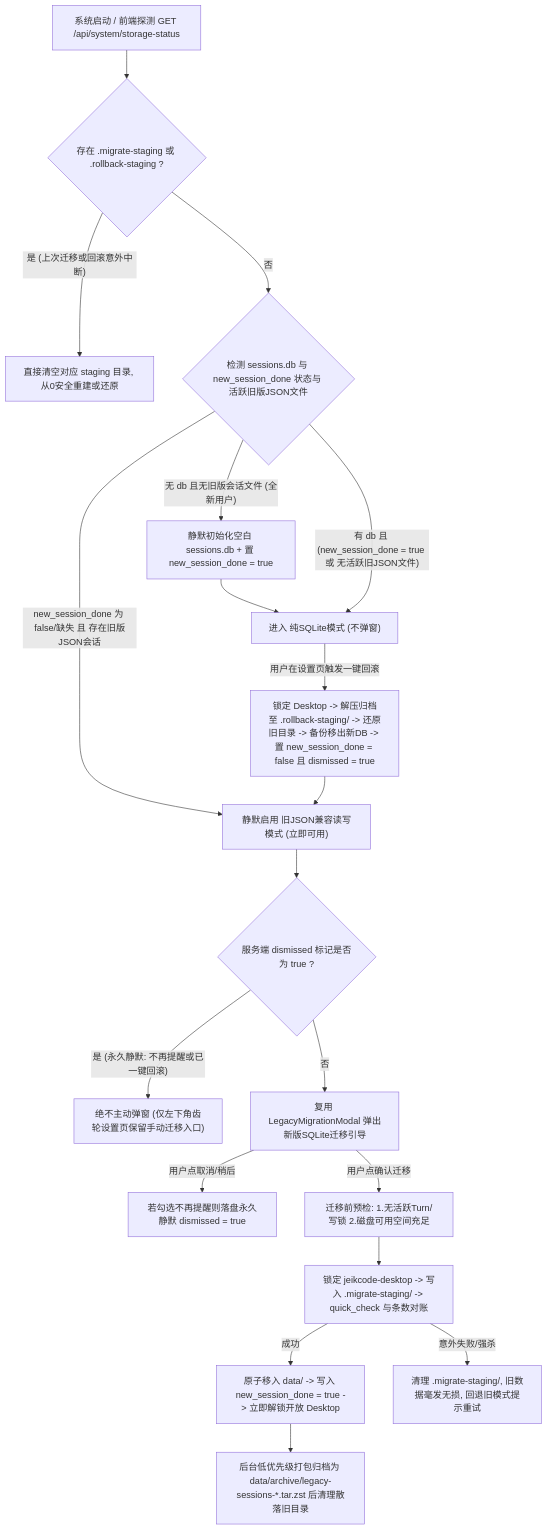
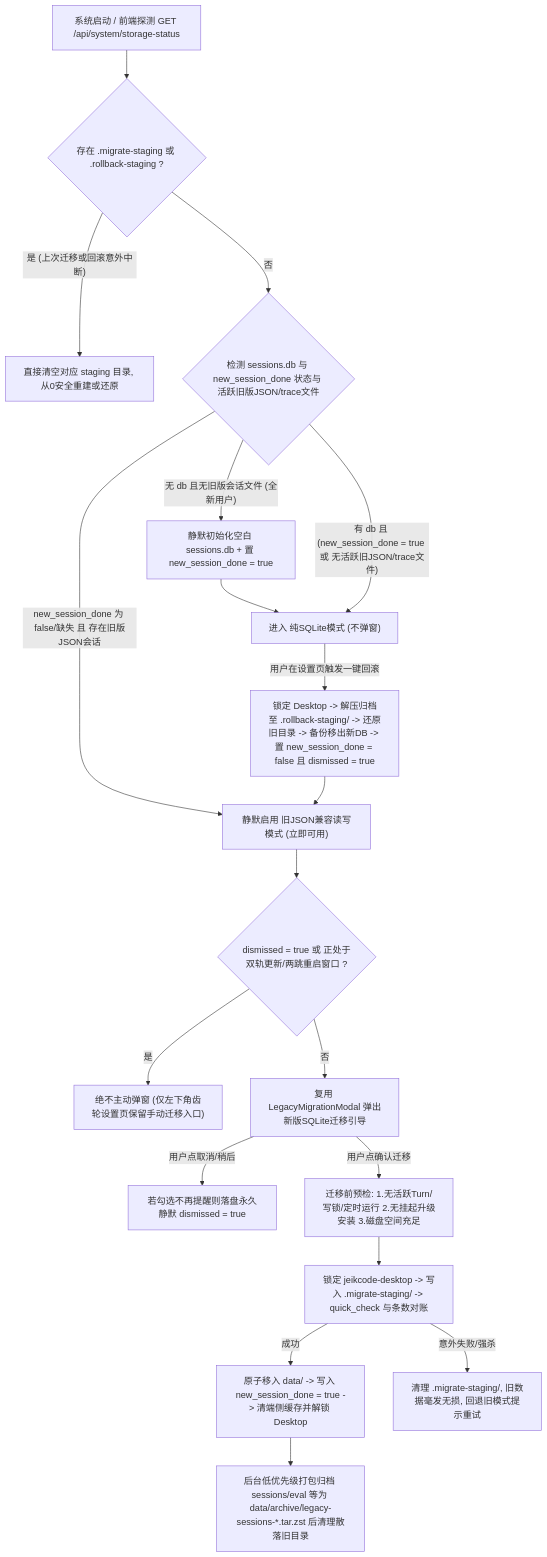
One commit to jeikl/JeikCode changed the diagram in docs/sqlite-storage-concurrency-migration-report-2026-11-19.md. Above: the diagram before and after it, drawn with Mermaid. The commit also changed other lines of this file and 37 other files, not shown here.

````diff
--- a/docs/sqlite-storage-concurrency-migration-report-2026-11-19.md
+++ b/docs/sqlite-storage-concurrency-migration-report-2026-11-19.md
@@ -451,26 +510,26 @@
 ```mermaid
 flowchart TD
     Start["系统启动 / 前端探测 GET /api/system/storage-status"] --> HasStaging{"存在 .migrate-staging 或 .rollback-staging ?"}
     HasStaging -- "是 (上次迁移或回滚意外中断)" --> CleanStaging["直接清空对应 staging 目录, 从0安全重建或还原"]
-    HasStaging -- "否" --> CheckState{"检测 sessions.db 与 new_session_done 状态与 活跃旧版JSON文件"}
+    HasStaging -- "否" --> CheckState{"检测 sessions.db 与 new_session_done 状态与 活跃旧版JSON/trace文件"}
 
     CheckState -- "无 db 且无旧版会话文件 (全新用户)" --> InitFresh["静默初始化空白 sessions.db + 置 new_session_done = true"]
     InitFresh --> ModeSqlite["进入 纯SQLite模式 (不弹窗)"]
 
-    CheckState -- "有 db 且 (new_session_done = true 或 无活跃旧JSON文件)" --> ModeSqlite
+    CheckState -- "有 db 且 (new_session_done = true 或 无活跃旧JSON/trace文件)" --> ModeSqlite
 
     CheckState -- "new_session_done 为 false/缺失 且 存在旧版JSON会话" --> ModeLegacy["静默启用 旧JSON兼容读写模式 (立即可用)"]
-    ModeLegacy --> CheckDismiss{"服务端 dismissed 标记是否为 true ?"}
-    CheckDismiss -- "是 (永久静默: 不再提醒或已一键回滚)" --> StaySilent["绝不主动弹窗 (仅左下角齿轮设置页保留手动迁移入口)"]
+    ModeLegacy --> CheckDismiss{"dismissed = true 或 正处于双轨更新/两跳重启窗口 ?"}
+    CheckDismiss -- "是" --> StaySilent["绝不主动弹窗 (仅左下角齿轮设置页保留手动迁移入口)"]
     CheckDismiss -- "否" --> ShowModal["复用 LegacyMigrationModal 弹出新版SQLite迁移引导"]
 
     ShowModal -- "用户点取消/稍后" --> RecordDismiss["若勾选不再提醒则落盘永久静默 dismissed = true"]
-    ShowModal -- "用户点确认迁移" --> Preflight["迁移前预检: 1.无活跃Turn/写锁 2.磁盘可用空间充足"]
+    ShowModal -- "用户点确认迁移" --> Preflight["迁移前预检: 1.无活跃Turn/写锁/定时运行 2.无挂起升级安装 3.磁盘空间充足"]
     Preflight --> RunMigrate["锁定 jeikcode-desktop -> 写入 .migrate-staging/ -> quick_check 与条数对账"]
-    RunMigrate -- "成功" --> CommitSwitch["原子移入 data/ -> 写入 new_session_done = true -> 立即解锁开放 Desktop"]
-    CommitSwitch --> BgArchive["后台低优先级打包归档为 data/archive/legacy-sessions-*.tar.zst 后清理散落旧目录"]
+    RunMigrate -- "成功" --> CommitSwitch["原子移入 data/ -> 写入 new_session_done = true -> 清端侧缓存并解锁 Desktop"]
+    CommitSwitch --> BgArchive["后台低优先级打包归档 sessions/eval 等为 data/archive/legacy-sessions-*.tar.zst 后清理散落旧目录"]
     RunMigrate -- "意外失败/强杀" --> CleanAndRollback["清理 .migrate-staging/, 旧数据毫发无损, 回退旧模式提示重试"]
 
     ModeSqlite -- "用户在设置页触发一键回滚" --> RollbackFlow["锁定 Desktop -> 解压归档至 .rollback-staging/ -> 还原旧目录 -> 备份移出新DB -> 置 new_session_done = false 且 dismissed = true"]
     RollbackFlow --> ModeLegacy
 ```
````
